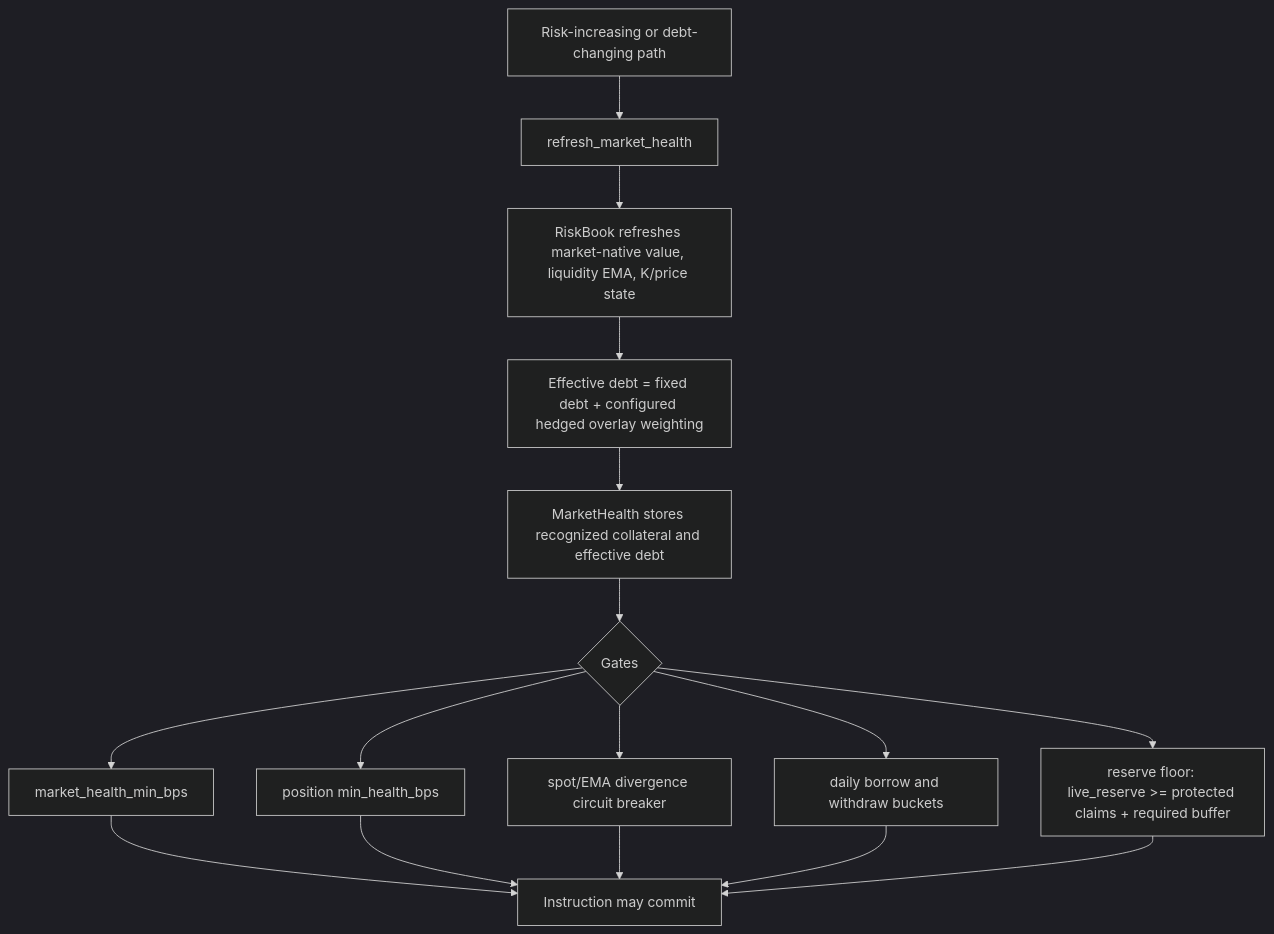
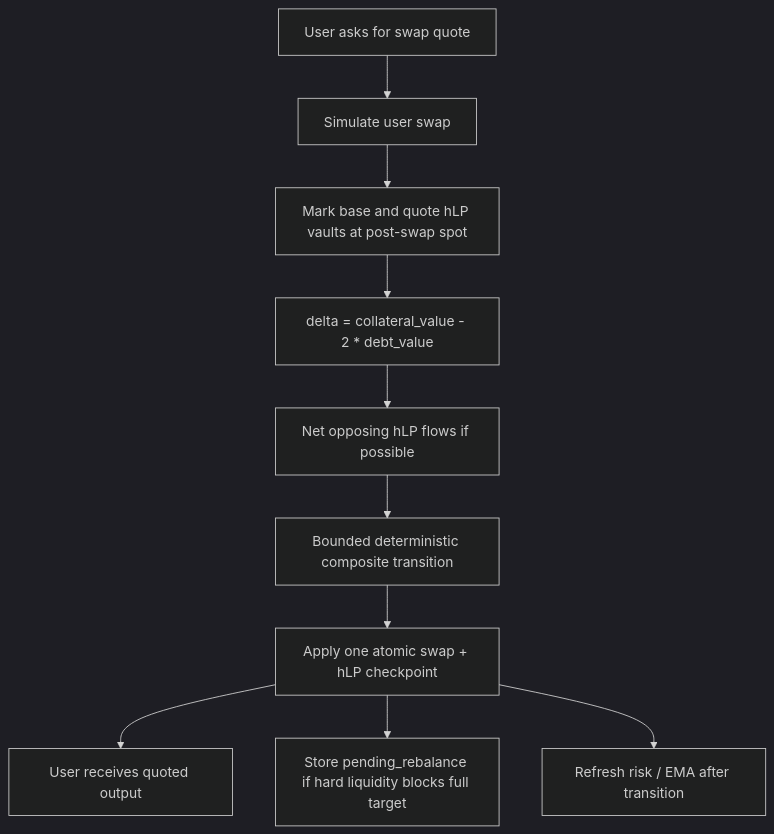
Before and after one commit to omnipair/omnipair-rs: the sixth of 9 diagrams in V2_USER_FLOW_CHARTS.md, drawn with Mermaid (dark theme). The commit also changed other lines of this file and 4 other files, not shown here.

````diff
--- a/V2_USER_FLOW_CHARTS.md
+++ b/V2_USER_FLOW_CHARTS.md
@@ -285,18 +114,12 @@
 ```mermaid
 flowchart TD
-  AnyRisk["Risk-increasing or debt-changing path"] --> Refresh["refresh_market_health"]
-  Refresh --> Risk["RiskBook refreshes market-native value, liquidity EMA, K/price state"]
-  Risk --> Debt["Effective debt = fixed debt + configured hedged overlay weighting"]
-  Debt --> Health["MarketHealth stores recognized collateral and effective debt"]
-  Health --> Gates{"Gates"}
-  Gates --> H1["market_health_min_bps"]
-  Gates --> H2["position min_health_bps"]
-  Gates --> H3["spot/EMA divergence circuit breaker"]
-  Gates --> H4["daily borrow and withdraw buckets"]
-  Gates --> H5["reserve floor: live_reserve >= protected claims + required buffer"]
-  H1 --> Pass["Instruction may commit"]
-  H2 --> Pass
-  H3 --> Pass
-  H4 --> Pass
-  H5 --> Pass
+  Quote["User asks for swap quote"] --> Sim["Simulate user swap"]
+  Sim --> Mark["Mark base and quote hLP vaults at post-swap spot"]
+  Mark --> Delta["delta = collateral_value - 2 * debt_value"]
+  Delta --> Net["Net opposing hLP flows if possible"]
+  Net --> Solve["Bounded deterministic composite transition"]
+  Solve --> Apply["Apply one atomic swap + hLP checkpoint"]
+  Apply --> Out["User receives quoted output"]
+  Apply --> Pending["Store pending_rebalance if hard liquidity blocks full target"]
+  Apply --> Risk["Refresh risk / EMA after transition"]
 ```
````
